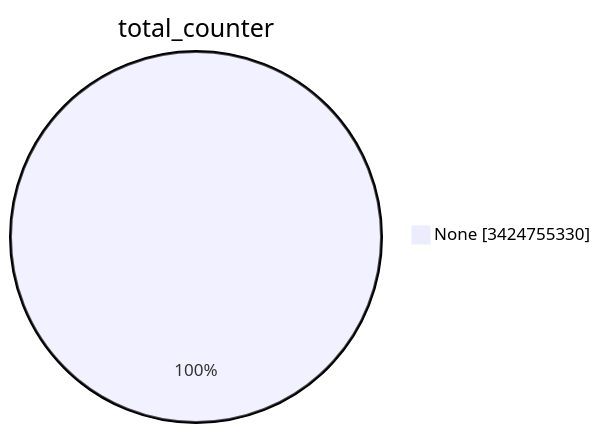
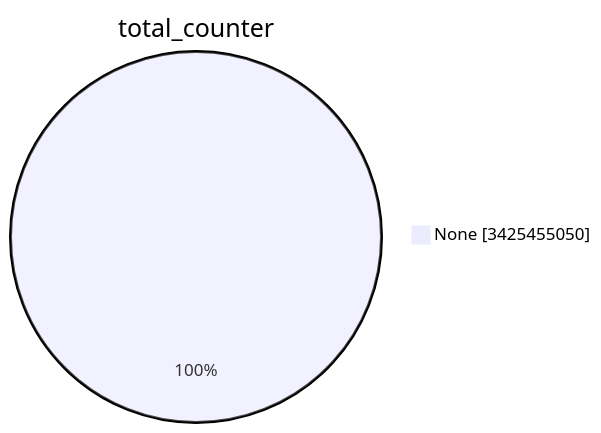
Before and after one commit to christiankrug/ctmonitor_visualization: the first of 15 diagrams in TOTAL/README.md, drawn with Mermaid. The commit also changed other lines of this file, not shown here.

````diff
--- a/TOTAL/README.md
+++ b/TOTAL/README.md
@@ -1,5 +1,5 @@
 ```mermaid
 pie showData
 title total_counter
-"None" :3424755330
+"None" :3425455050
 ```
````
